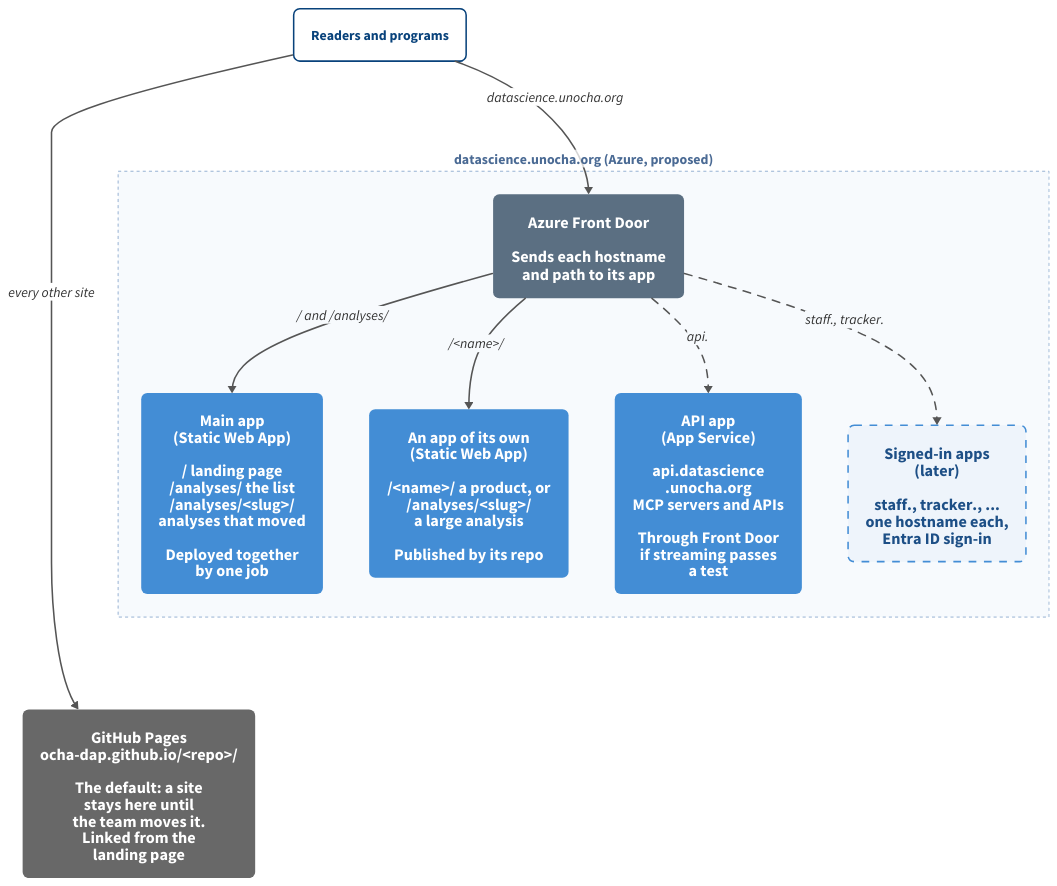
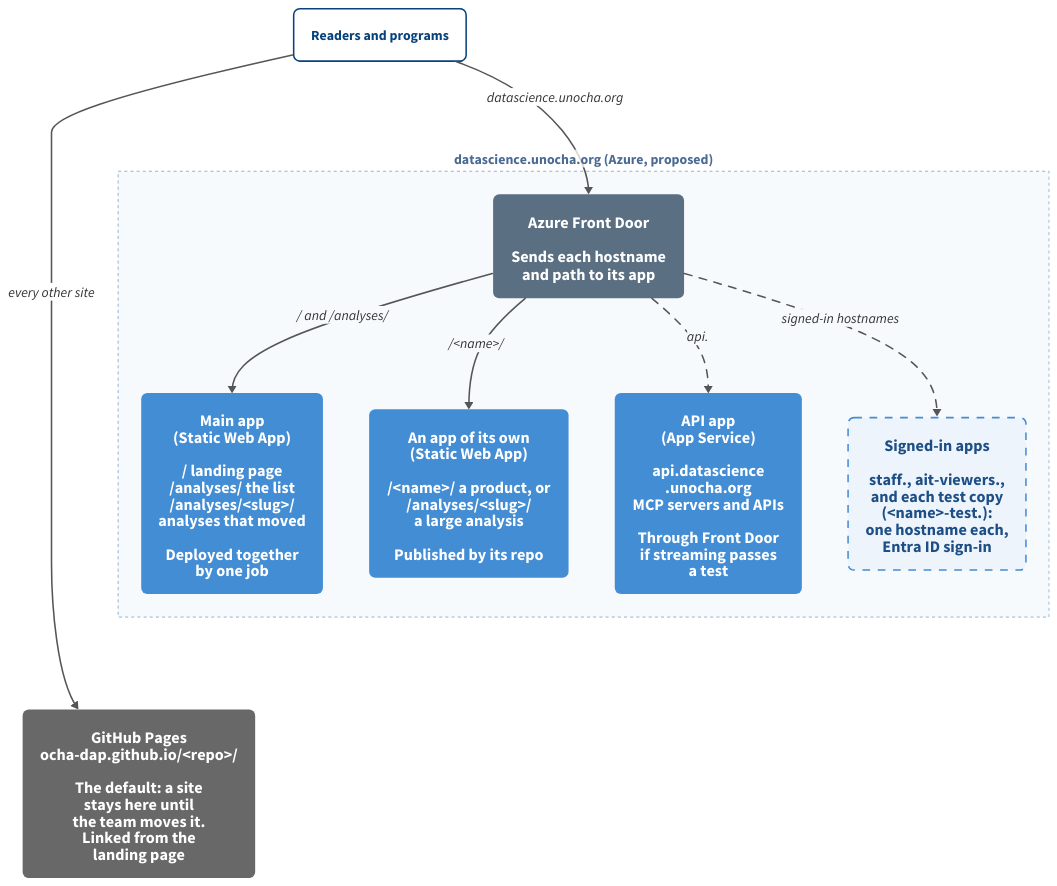
One commit to OCHA-DAP/ds-knowledge-base changed the diagram in infrastructure/datascience-site.d2. Above: the diagram before and after it, drawn with D2. The commit also changed 3 other files, not shown here.

First line of the commit message:
datascience-site: sign-in set per app; test copies always require sign-in

```diff
--- a/infrastructure/datascience-site.d2
+++ b/infrastructure/datascience-site.d2
@@ -1,54 +1,54 @@
 # How the parts of datascience.unocha.org (proposed, D126) relate.
 # Render: d2 --layout elk --pad 20 --elk-nodeNodeBetweenLayers 40 --elk-edgeNodeBetweenLayers 30 infrastructure/datascience-site.d2 infrastructure/datascience-site.svg
 # Kept basic on purpose: one box per kind of part, six arrows, no counts or costs.
-# Dashed = not settled: signed-in apps come later; the api. route depends on a streaming test.
+# Dashed = not settled: the first signed-in apps are being set up; the api. route depends on a streaming test.
 # Plain-text labels: D2 clips Markdown labels and draws code spans as white pills.
 
 direction: down
 
 classes: {
   azure: {
     style: {fill: "#438dd5"; font-color: white; stroke-width: 0; border-radius: 8; font-size: 21}
   }
   later: {
     style: {fill: "#eef4fb"; font-color: "#1d4f86"; stroke: "#438dd5"; stroke-dash: 5; stroke-width: 2; border-radius: 8; font-size: 21}
   }
   gateway: {
     style: {fill: "#5b6f82"; font-color: white; stroke-width: 0; border-radius: 8; font-size: 21}
   }
   github: {
     style: {fill: "#686868"; font-color: white; stroke-width: 0; border-radius: 8; font-size: 21}
   }
 }
 
 (** -> **)[*]: {style: {stroke: "#555555"; font-color: "#333333"; font-size: 18; stroke-width: 2}}
 
 readers: "Readers and programs" {
   style: {fill: "#ffffff"; stroke: "#08427b"; stroke-width: 2; border-radius: 8; font-color: "#08427b"; font-size: 18; bold: true}
 }
 
 pages: "GitHub Pages\nocha-dap.github.io/<repo>/\n\nThe default: a site\nstays here until\nthe team moves it.\nLinked from the\nlanding page" {class: github}
 
 site: "datascience.unocha.org (Azure, proposed)" {
   style: {fill: "#f7fafd"; stroke: "#7a9cc6"; stroke-dash: 4; stroke-width: 1; font-color: "#4a6a94"; font-size: 18; bold: true}
 
   fd: "Azure Front Door\n\nSends each hostname\nand path to its app" {class: gateway}
 
   main: "Main app\n(Static Web App)\n\n/ landing page\n/analyses/ the list\n/analyses/<slug>/\nanalyses that moved\n\nDeployed together\nby one job" {class: azure}
 
   own: "An app of its own\n(Static Web App)\n\n/<name>/ a product, or\n/analyses/<slug>/\na large analysis\n\nPublished by its repo" {class: azure}
 
   api: "API app\n(App Service)\n\napi.datascience\n.unocha.org\nMCP servers and APIs\n\nThrough Front Door\nif streaming passes\na test" {class: azure}
 
-  signed: "Signed-in apps\n(later)\n\nstaff., tracker., ...\none hostname each,\nEntra ID sign-in" {class: later}
+  signed: "Signed-in apps\n\nstaff., ait-viewers.,\nand each test copy\n(<name>-test.):\none hostname each,\nEntra ID sign-in" {class: later}
 
   fd -> api: "api." {style.stroke-dash: 5}
   fd -> main: "/ and /analyses/"
   fd -> own: "/<name>/"
-  fd -> signed: "staff., tracker." {style.stroke-dash: 5}
+  fd -> signed: "signed-in hostnames" {style.stroke-dash: 5}
 }
 
 readers -> site.fd: "datascience.unocha.org"
 readers -> pages: "every other site"
 # Layout only (not drawn): keeps GitHub Pages below the Azure group, so the diagram stays narrow enough to read.
 site.main -> pages: {style.opacity: 0}
```
